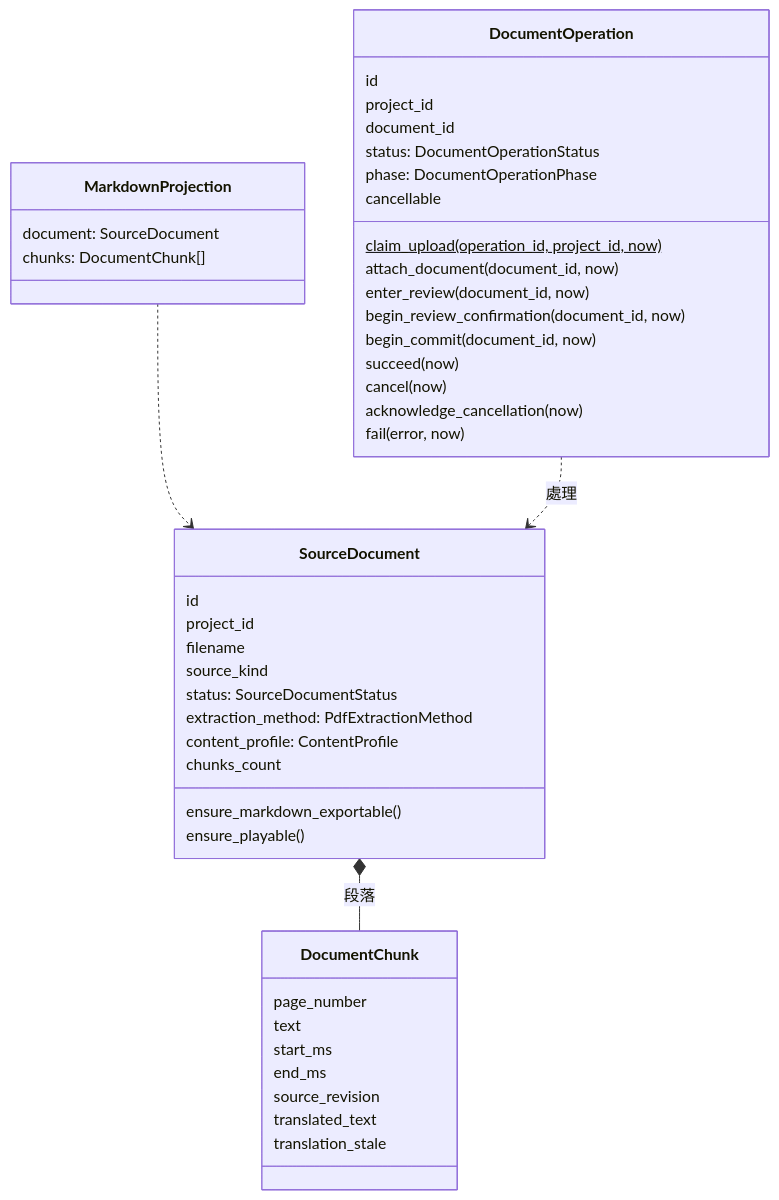
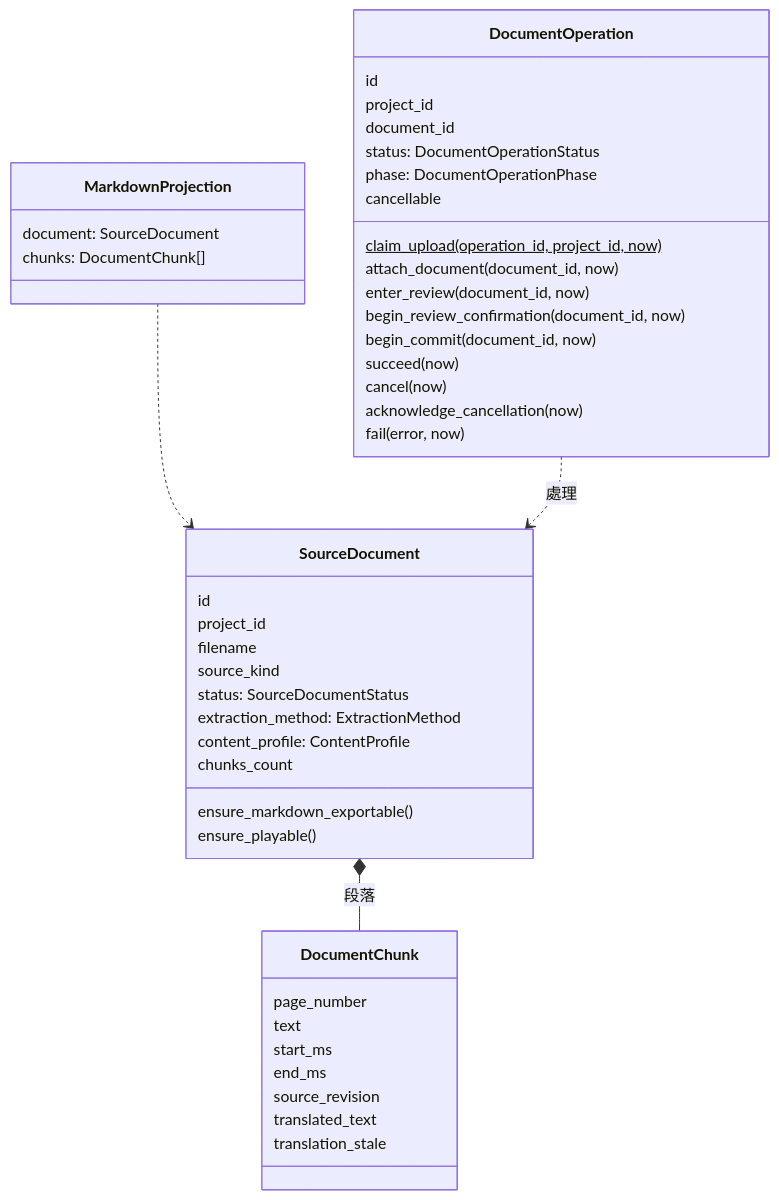
One commit to WodenWang820118/cert-prep changed the first of 3 diagrams in docs/domain/source_library.md. Above: the diagram before and after it, drawn with Mermaid. The commit also changed other lines of this file and 89 other files, not shown here.

````diff
--- a/docs/domain/source_library.md
+++ b/docs/domain/source_library.md
@@ -35,48 +35,48 @@
 ```mermaid
 classDiagram
   class SourceDocument {
     id
     project_id
     filename
     source_kind
     status: SourceDocumentStatus
-    extraction_method: PdfExtractionMethod
+    extraction_method: ExtractionMethod
     content_profile: ContentProfile
     chunks_count
     ensure_markdown_exportable()
     ensure_playable()
   }
   class DocumentChunk {
     page_number
     text
     start_ms
     end_ms
     source_revision
     translated_text
     translation_stale
   }
   class MarkdownProjection {
     document: SourceDocument
     chunks: DocumentChunk[]
   }
   class DocumentOperation {
     id
     project_id
     document_id
     status: DocumentOperationStatus
     phase: DocumentOperationPhase
     cancellable
     claim_upload(operation_id, project_id, now)$
     attach_document(document_id, now)
     enter_review(document_id, now)
     begin_review_confirmation(document_id, now)
     begin_commit(document_id, now)
     succeed(now)
     cancel(now)
     acknowledge_cancellation(now)
     fail(error, now)
   }
   SourceDocument *-- DocumentChunk : 段落
   MarkdownProjection ..> SourceDocument
   DocumentOperation ..> SourceDocument : 處理
 ```
````
